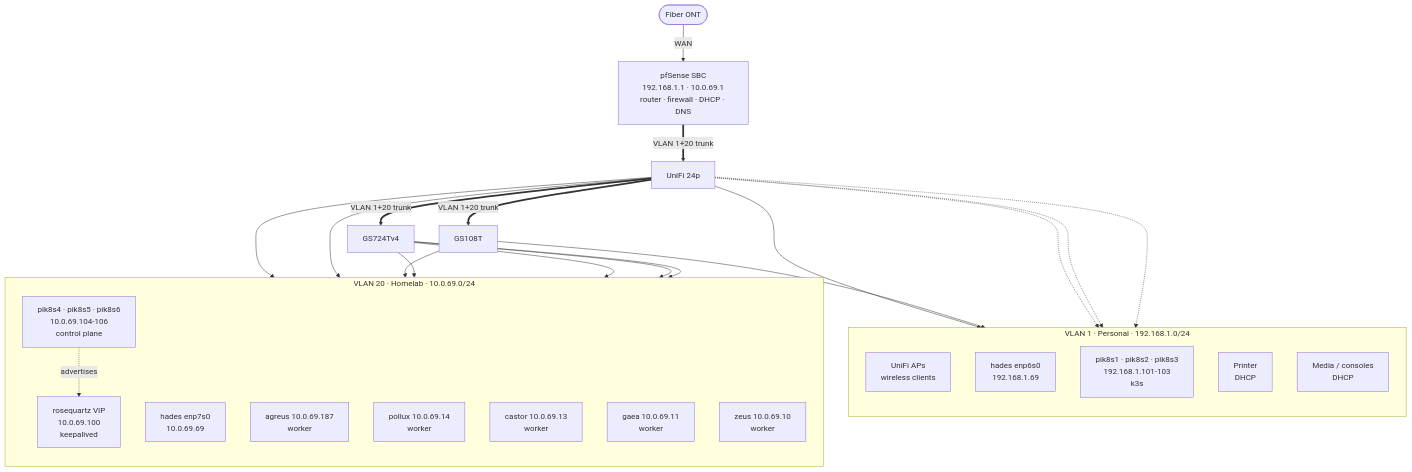
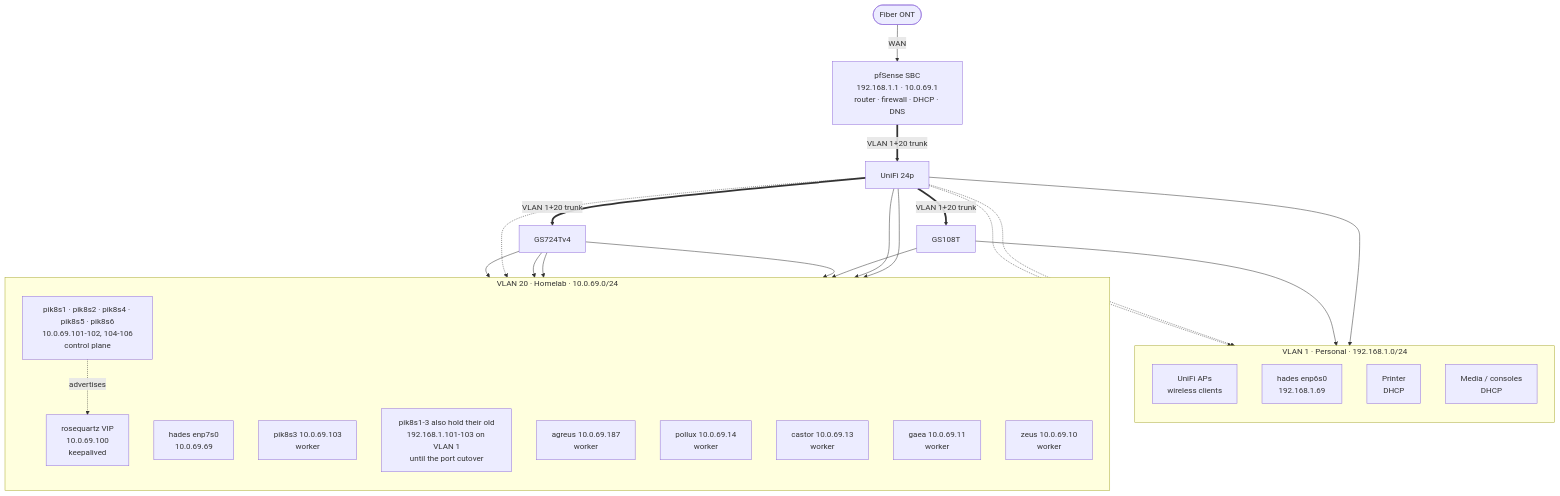
The diagram in NETWORK.md (UnstoppableMango/nixos), drawn with Mermaid before and after one commit. The commit also changed other lines of this file and 87 other files, not shown here.

````diff
--- a/NETWORK.md
+++ b/NETWORK.md
@@ -17,51 +17,52 @@
 ```mermaid
 flowchart TB
   ONT(["Fiber ONT"])
   FW["pfSense SBC<br/>192.168.1.1 · 10.0.69.1<br/>router · firewall · DHCP · DNS"]
 
   ONT -->|WAN| FW
 
   U24["UniFi 24p"]
   GS108["GS108T"]
   GS724["GS724Tv4"]
 
   FW ==>|"VLAN 1+20 trunk"| U24
   U24 ==>|"VLAN 1+20 trunk"| GS108
   U24 ==>|"VLAN 1+20 trunk"| GS724
 
   subgraph V1["VLAN 1 · Personal · 192.168.1.0/24"]
     direction TB
     AP["UniFi APs<br/>wireless clients"]
     HADES1["hades enp6s0<br/>192.168.1.69"]
-    K3S["pik8s1 · pik8s2 · pik8s3<br/>192.168.1.101-103<br/>k3s"]
     PRN["Printer<br/>DHCP"]
     MED["Media / consoles<br/>DHCP"]
   end
 
   subgraph V20["VLAN 20 · Homelab · 10.0.69.0/24"]
     direction TB
     VIP["rosequartz VIP<br/>10.0.69.100<br/>keepalived"]
     HADES2["hades enp7s0<br/>10.0.69.69"]
-    CP["pik8s4 · pik8s5 · pik8s6<br/>10.0.69.104-106<br/>control plane"]
+    CP["pik8s1 · pik8s2 · pik8s4 · pik8s5 · pik8s6<br/>10.0.69.101-102, 104-106<br/>control plane"]
+    PIW["pik8s3 10.0.69.103<br/>worker"]
+    NOTE["pik8s1-3 also hold their old<br/>192.168.1.101-103 on VLAN 1<br/>until the port cutover"]
     AGREUS["agreus 10.0.69.187<br/>worker"]
     POLLUX["pollux 10.0.69.14<br/>worker"]
     CASTOR["castor 10.0.69.13<br/>worker"]
     GAEA["gaea 10.0.69.11<br/>worker"]
     ZEUS["zeus 10.0.69.10<br/>worker"]
   end
 
   U24 --> AP
   U24 --> CP
   U24 --> AGREUS
   GS108 --> HADES1
   GS108 --> HADES2
   GS724 --> ZEUS
   GS724 --> GAEA
   GS724 --> CASTOR
-  U24 -.-> K3S
+  U24 -.-> PIW
   U24 -.-> PRN
   U24 -.-> MED
   GS724 --> POLLUX
 
   CP -.->|advertises| VIP
 ```
````
